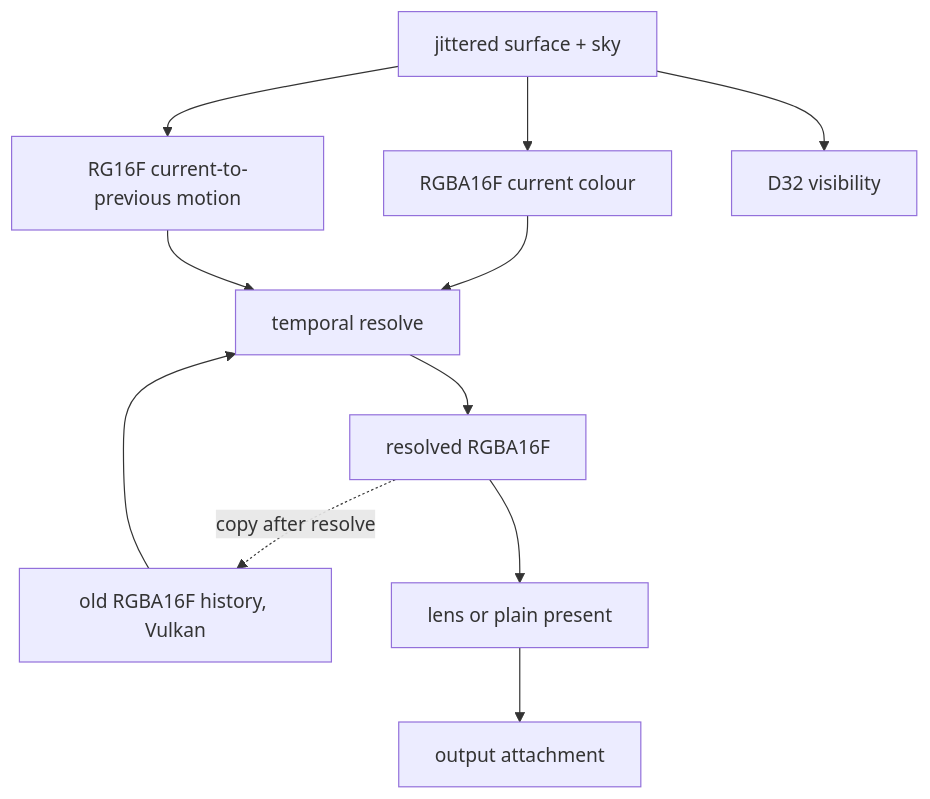
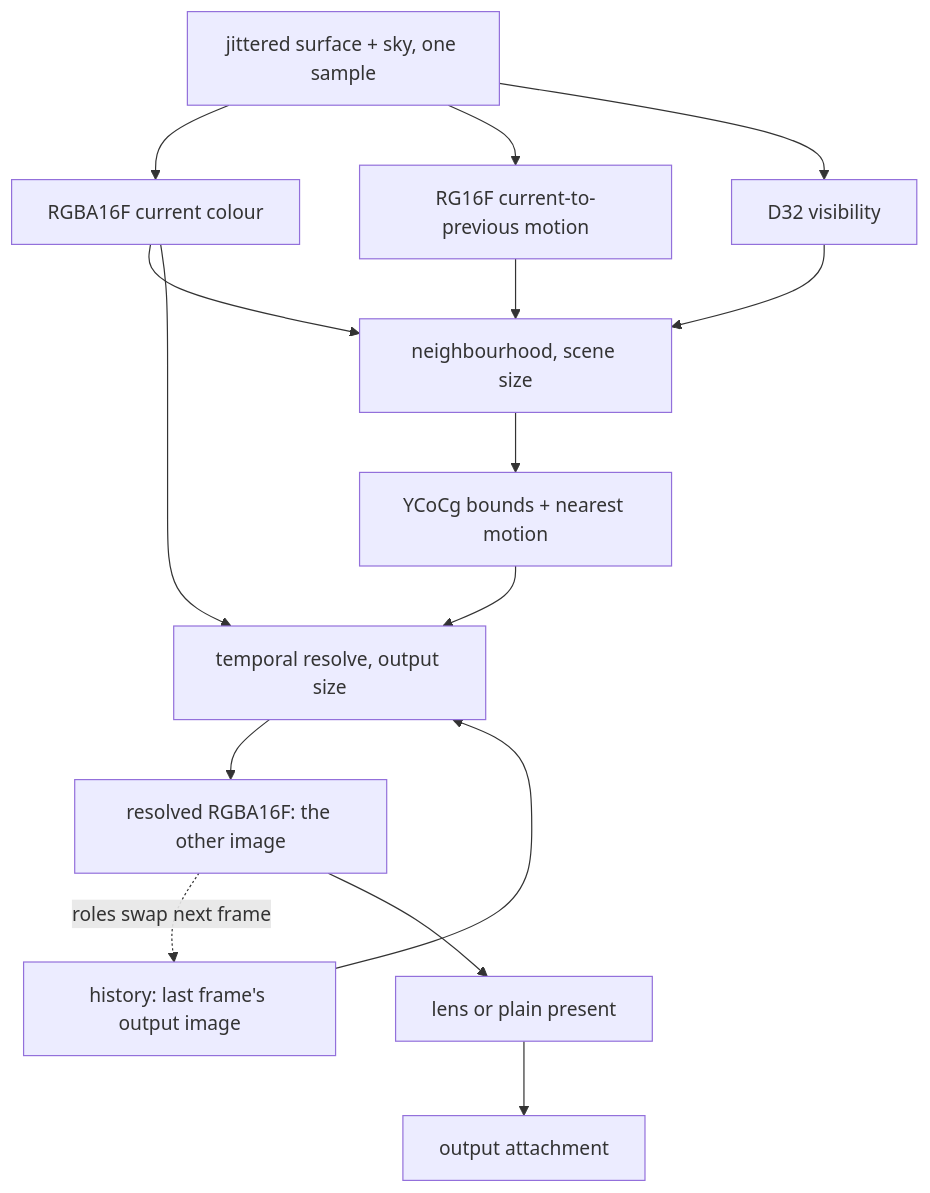
The diagram in wiki/temporal-antialiasing.org (mbrock/luv), drawn with Mermaid before and after one commit. The commit also changed other lines of this file and 11 other files, not shown here.

```diff
--- a/wiki/temporal-antialiasing.org
+++ b/wiki/temporal-antialiasing.org
@@ -69,13 +75,17 @@
 #+begin_src mermaid
 flowchart TB
-  S["jittered surface + sky"] --> C["RGBA16F current colour"]
+  S["jittered surface + sky, one sample"] --> C["RGBA16F current colour"]
   S --> M["RG16F current-to-previous motion"]
   S --> D["D32 visibility"]
-  C --> R["temporal resolve"]
-  M --> R
-  A["old RGBA16F history, Vulkan"] --> R
-  R --> B["resolved RGBA16F"]
-  B -. "copy after resolve" .-> A
+  C --> N["neighbourhood, scene size"]
+  M --> N
+  D --> N
+  N --> L["YCoCg bounds + nearest motion"]
+  L --> R["temporal resolve, output size"]
+  C --> R
+  A["history: last frame's output image"] --> R
+  R --> B["resolved RGBA16F: the other image"]
+  B -. "roles swap next frame" .-> A
   B --> P["lens or plain present"]
   P --> O["output attachment"]
 #+end_src
```
